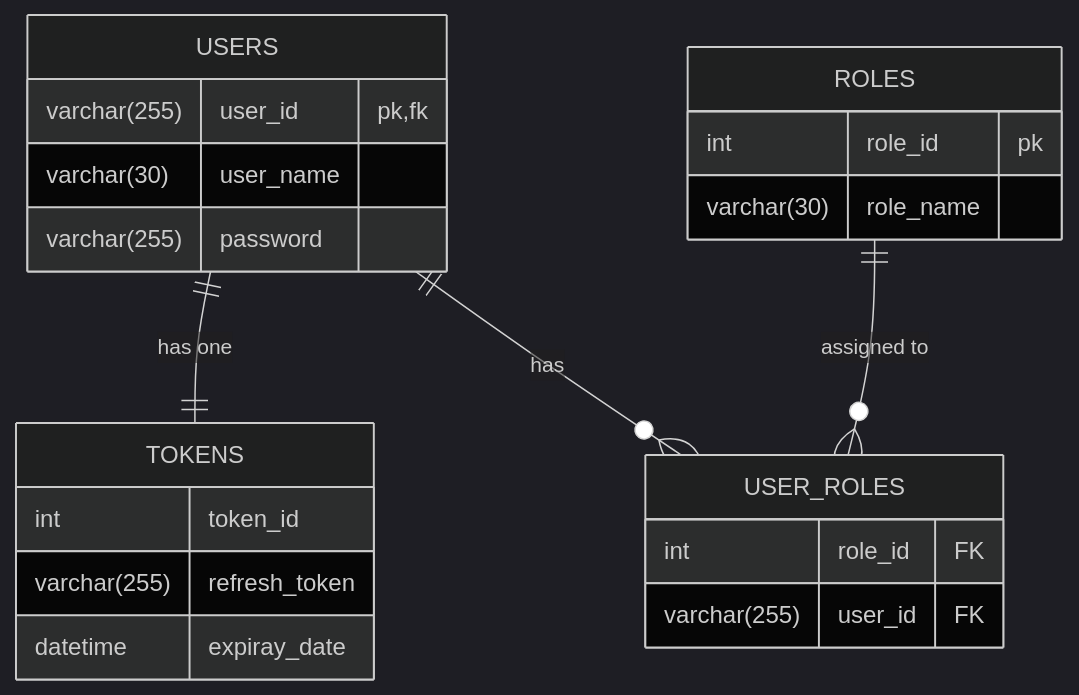
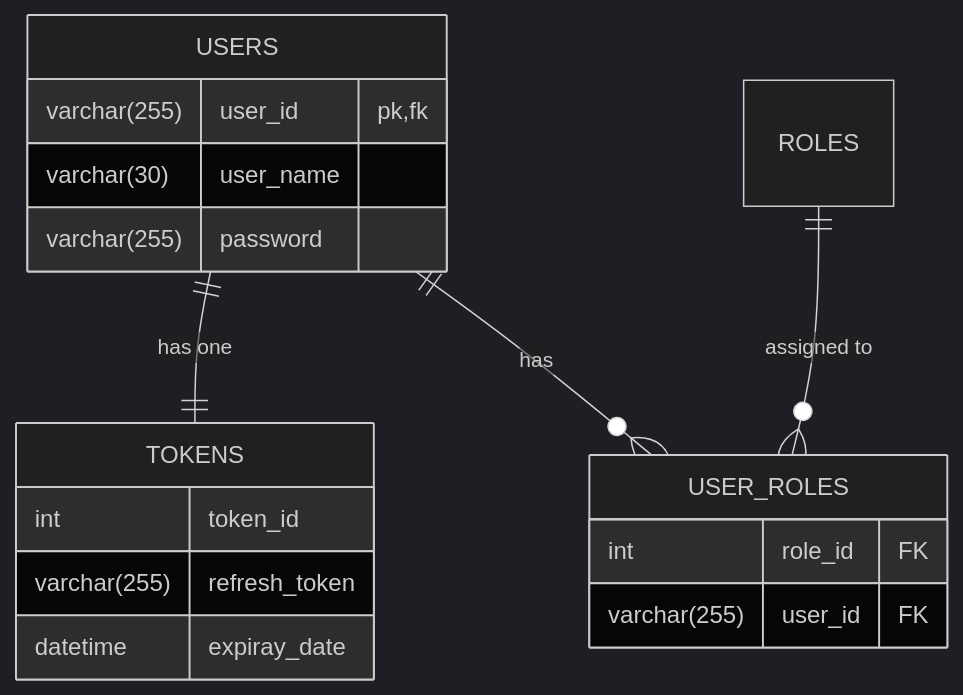
One commit to karanc0s/expense-tracker changed the third of 3 diagrams in design_doc.md. Above: the diagram before and after it, drawn with Mermaid (dark theme).

````diff
--- a/design_doc.md
+++ b/design_doc.md
@@ -102,27 +102,27 @@
 ```mermaid
 erDiagram
     USERS{
         varchar(255) user_id pk,fk
         varchar(30) user_name  
         varchar(255) password 
     }
     TOKENS{
         int token_id
         varchar(255) refresh_token
         datetime expiray_date
     }
-    ROLES{
-        int role_id pk
-        varchar(30) role_name
-    }
+%%    ROLES{
+%%        int role_id pk
+%%        varchar(30) role_name
+%%    }
     USER_ROLES{
         int role_id FK
         varchar(255) user_id FK
     }
     %% Relations
     USERS ||--|| TOKENS : "has one"
     
     USERS ||--o{ USER_ROLES : "has"
     ROLES ||--o{ USER_ROLES : "assigned to"
 
 ```
````
